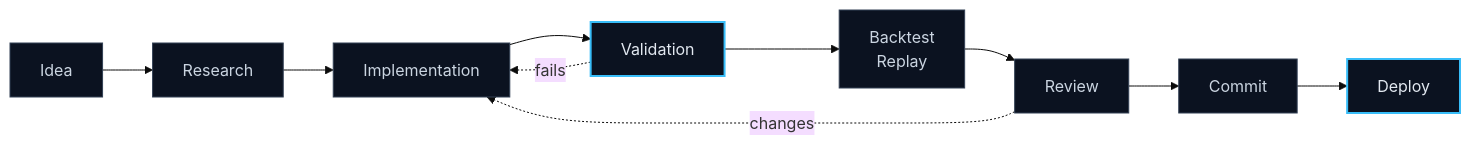
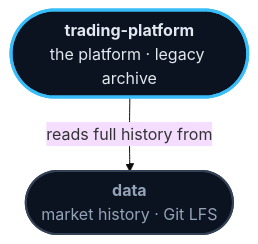
The fifth of 5 diagrams in README.md (wealthwise-advisors/trading-platform), drawn with Mermaid (base theme) before and after one commit. The commit also changed other lines of this file and 22 other files, not shown here.

````diff
--- a/README.md
+++ b/README.md
@@ -335,18 +593,11 @@
 ```mermaid
-flowchart LR
-    ID["Idea"] --> RE["Research"]
-    RE --> IM["Implementation"]
-    IM --> VA["Validation"]
-    VA --> BR["Backtest<br/>Replay"]
-    BR --> RV["Review"]
-    RV --> CM["Commit"]
-    CM --> DP["Deploy"]
+flowchart TB
+    HUB(["<b>trading-platform</b><br/>the platform · legacy archive"])
+    DATA(["<b>data</b><br/>market history · Git LFS"])
+    HUB -->|reads full history from| DATA
 
-    VA -.->|fails| IM
-    RV -.->|changes| IM
-
-    classDef step fill:#0b1220,stroke:#334155,stroke-width:1px,color:#cbd5e1
-    classDef gate fill:#0b1220,stroke:#38bdf8,stroke-width:2px,color:#e2e8f0
-    class ID,RE,IM,BR,RV,CM step
-    class VA,DP gate
+    classDef hub  fill:#0b1220,stroke:#38bdf8,stroke-width:3px,color:#e2e8f0
+    classDef node fill:#0b1220,stroke:#334155,stroke-width:2px,color:#94a3b8
+    class HUB hub
+    class DATA node
 ```
````
